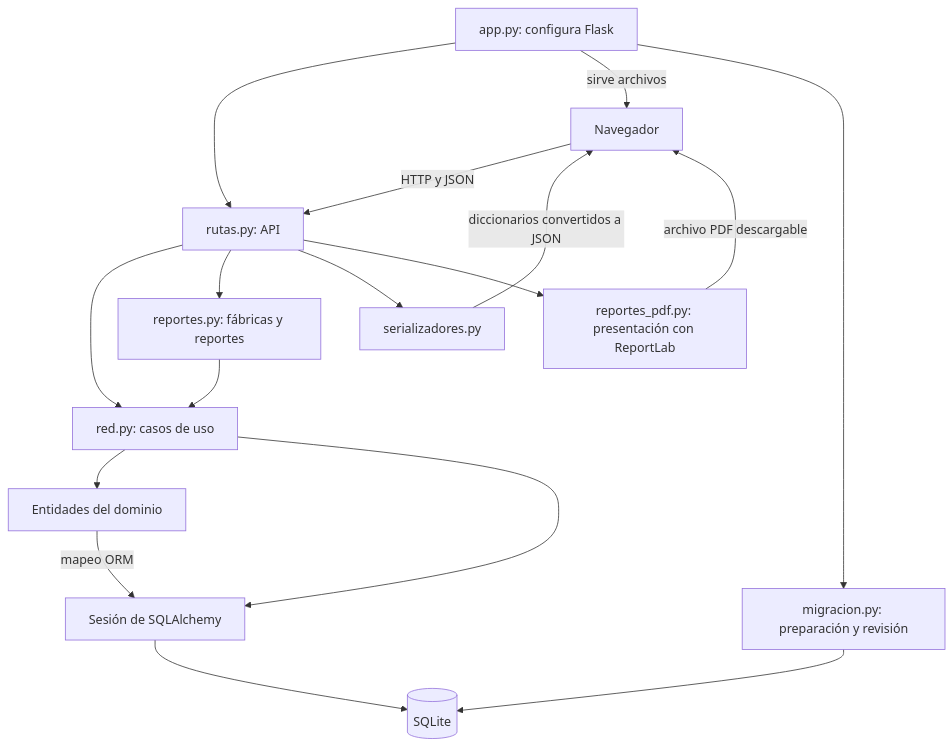
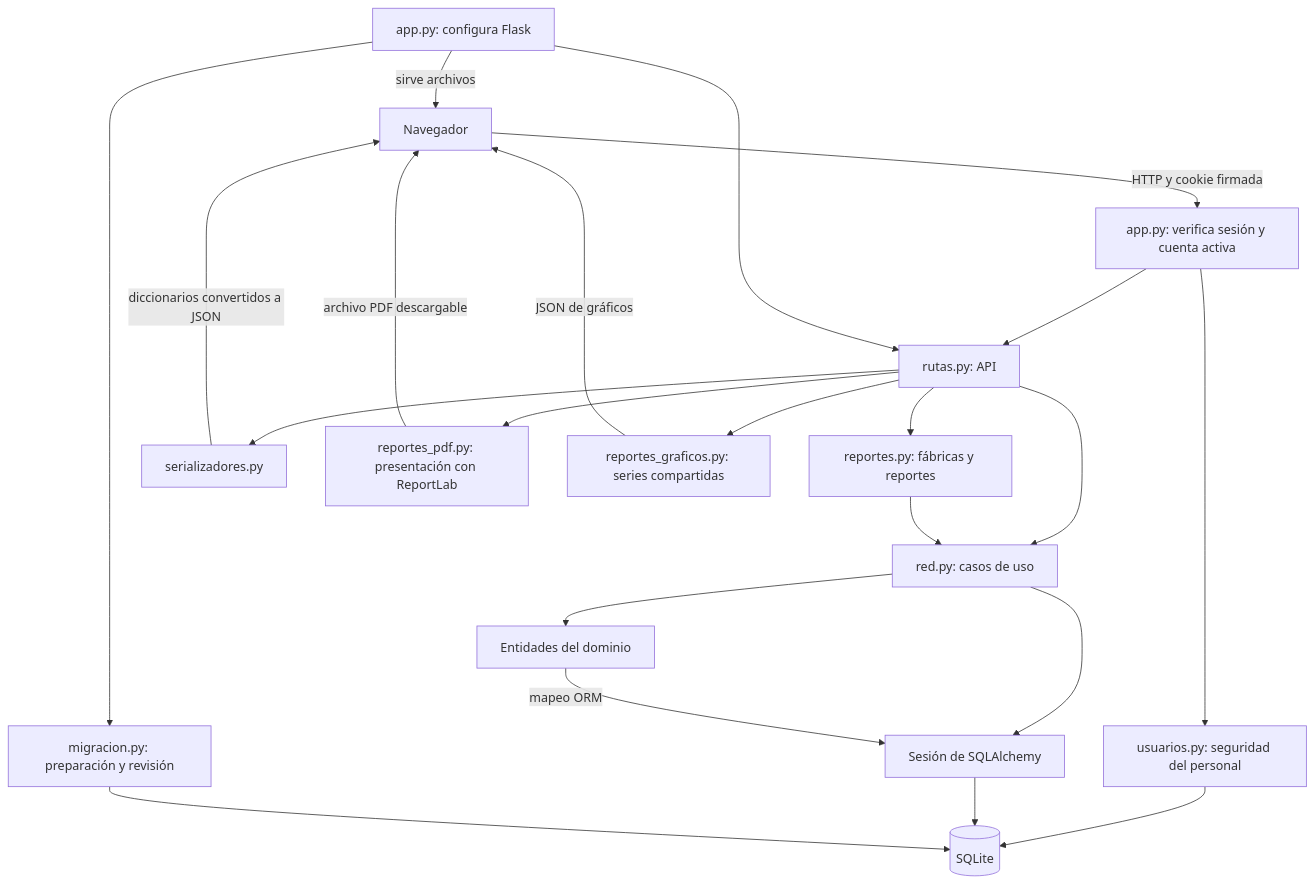
Before and after one commit to Milo1414/DAO_TP: the first of 6 diagrams in Documentacion/INFORME_ESTUDIO_BACKEND.md, drawn with Mermaid. The commit also changed other lines of this file and 21 other files, not shown here.

````diff
--- a/Documentacion/INFORME_ESTUDIO_BACKEND.md
+++ b/Documentacion/INFORME_ESTUDIO_BACKEND.md
@@ -99,19 +99,24 @@
 ```mermaid
 flowchart TD
-    N[Navegador] -->|HTTP y JSON| R[rutas.py: API]
+    N[Navegador] -->|HTTP y cookie firmada| ACC[app.py: verifica sesión y cuenta activa]
+    ACC --> R[rutas.py: API]
+    ACC --> U[usuarios.py: seguridad del personal]
+    U --> DB[(SQLite)]
     A[app.py: configura Flask] --> R
     A -->|sirve archivos| N
     R --> C[red.py: casos de uso]
     C --> E[Entidades del dominio]
     R --> F[reportes.py: fábricas y reportes]
     F --> C
     C --> O[Sesión de SQLAlchemy]
     E -->|mapeo ORM| O
     O --> DB[(SQLite)]
     A --> M[migracion.py: preparación y revisión]
     M --> DB
     R --> S[serializadores.py]
     S -->|diccionarios convertidos a JSON| N
     R --> P[reportes_pdf.py: presentación con ReportLab]
+    R --> G[reportes_graficos.py: series compartidas]
+    G -->|JSON de gráficos| N
     P -->|archivo PDF descargable| N
 ```
````
